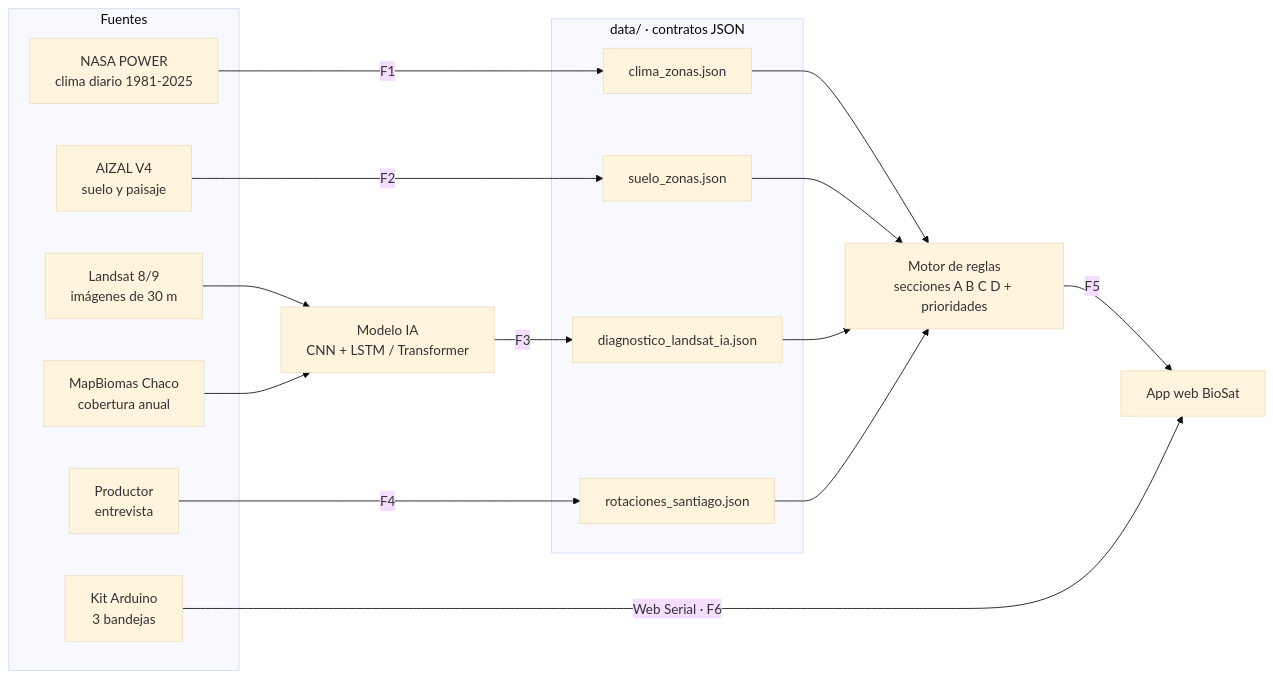
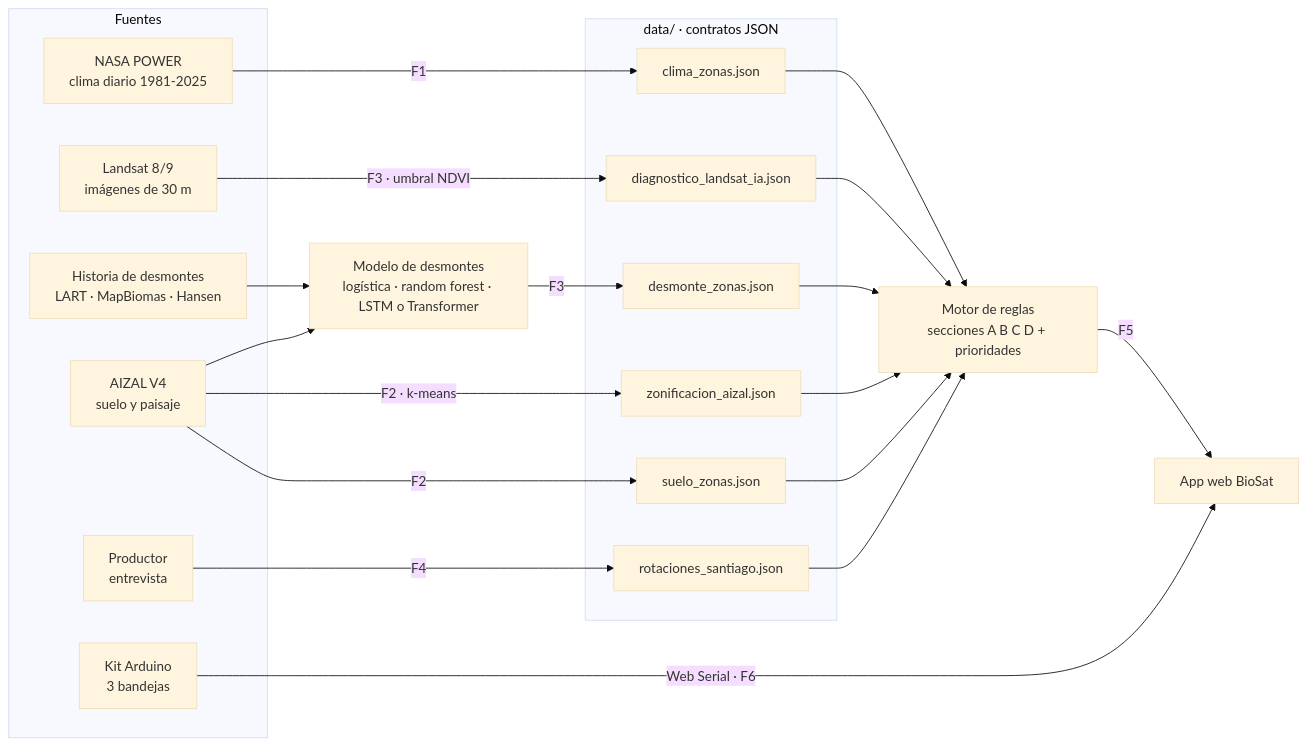
The second of 3 diagrams in PLAN.md (enzopazzelli/BioSat), drawn with Mermaid (base theme) before and after one commit. The commit also changed other lines of this file and 12 other files, not shown here.

Commit message:
D-25: zonificacion AIZAL y modelo predictivo de desmontes por zona (propuesta de la profesora)

````diff
--- a/PLAN.md
+++ b/PLAN.md
@@ -69,35 +69,41 @@
 ```mermaid
 flowchart LR
     subgraph FUENTES["Fuentes"]
         P["NASA POWER<br/>clima diario 1981-2025"]
         L["Landsat 8/9<br/>imágenes de 30 m"]
-        MB["MapBiomas Chaco<br/>cobertura anual"]
+        MB["Historia de desmontes<br/>LART · MapBiomas · Hansen"]
         AZ["AIZAL V4<br/>suelo y paisaje"]
         PR["Productor<br/>entrevista"]
         AR["Kit Arduino<br/>3 bandejas"]
     end
 
     subgraph DATOS["data/ · contratos JSON"]
         CZ["clima_zonas.json"]
         SZ["suelo_zonas.json"]
         DL["diagnostico_landsat_ia.json"]
+        ZA["zonificacion_aizal.json"]
+        DZ["desmonte_zonas.json"]
         RS["rotaciones_santiago.json"]
     end
 
-    IA["Modelo IA<br/>CNN + LSTM / Transformer"]
+    IA["Modelo de desmontes<br/>logística · random forest · LSTM o Transformer"]
     MO["Motor de reglas<br/>secciones A B C D + prioridades"]
     APP["App web BioSat"]
 
     P -->|F1| CZ
     AZ -->|F2| SZ
-    L --> IA
+    L -->|"F3 · umbral NDVI"| DL
+    AZ -->|"F2 · k-means"| ZA
     MB --> IA
-    IA -->|F3| DL
+    AZ --> IA
+    IA -->|F3| DZ
     PR -->|F4| RS
     CZ --> MO
     SZ --> MO
     DL --> MO
+    ZA --> MO
+    DZ --> MO
     RS --> MO
     MO -->|F5| APP
     AR -->|"Web Serial · F6"| APP
 ```
````
